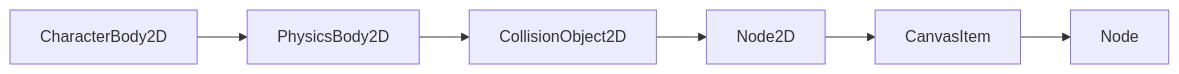
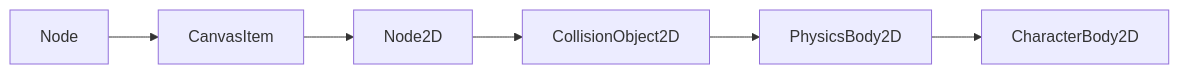
One commit to euribates/notes changed the fourth of 4 diagrams in docs/notes-on-godot.md. Above: the diagram before and after it, drawn with Mermaid. The commit also changed other lines of this file and 1 other file, not shown here.

Commit message:
Notas sobre los nodos RigidBody2D, Area2D y otros

````diff
--- a/docs/notes-on-godot.md
+++ b/docs/notes-on-godot.md
@@ -121,8 +130,8 @@
 ``` mermaid
 graph LR
-  CharacterBody2D --> PhysicsBody2D;
-  PhysicsBody2D --> CollisionObject2D;
-  CollisionObject2D --> Node2D;
-  Node2D --> CanvasItem;
-  CanvasItem --> Node;
+  Node --> CanvasItem;
+  CanvasItem --> Node2D;
+  Node2D --> CollisionObject2D;
+  CollisionObject2D --> PhysicsBody2D;
+  PhysicsBody2D --> CharacterBody2D;
 ```
````
